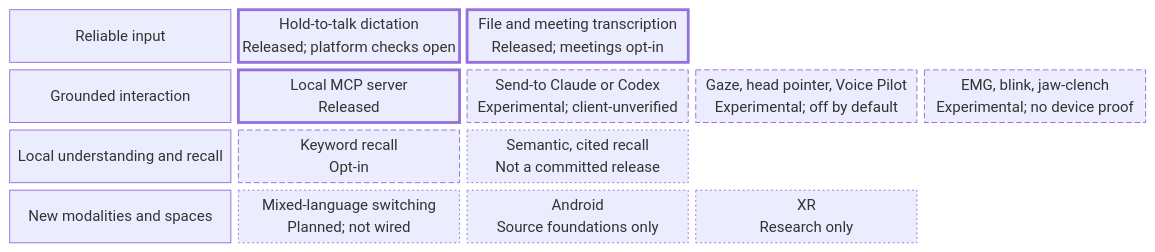
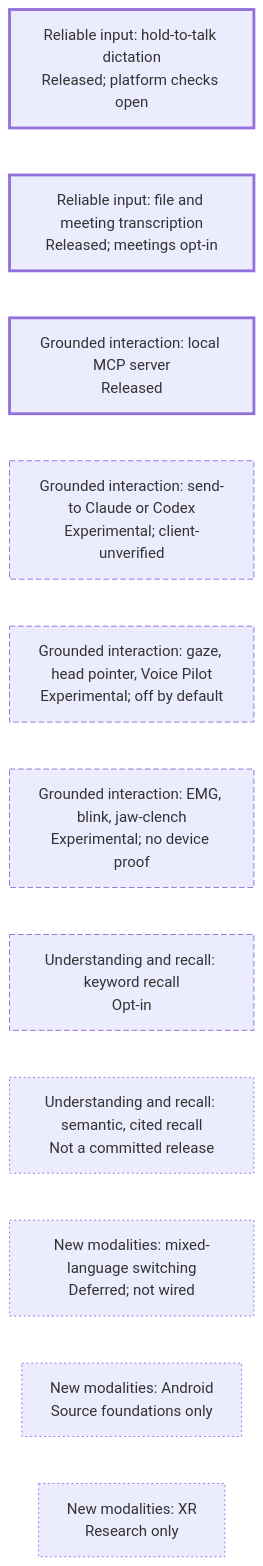
The fourth of 5 diagrams in docs/roadmap.md (MSKazemi/yazses), drawn with Mermaid before and after one commit. The commit also changed other lines of this file, not shown here.

Commit message:
docs(roadmap): the faculties diagram is one readable column, and the status word matches the page
The block grid was about 1,230 px wide, so at 390 px it shrank to roughly
a third of its size and could not be read; #839 asks for narrow-screen
legibility. It is now a single column with the horizon named in each box and
the same three outline styles.

'Planned' is not one of the page's status words and contradicted the Future
work table, which calls mixed-language switching Deferred. The sentence about
dashed arrows between horizons described arrows the diagram never had; it now
says what the order means.

````diff
--- a/docs/roadmap.md
+++ b/docs/roadmap.md
@@ -302,14 +302,21 @@
 ```mermaid
-block-beta
-  columns 5
-  h1["Reliable input"] D["Hold-to-talk dictation\nReleased; platform checks open"] T["File and meeting transcription\nReleased; meetings opt-in"] space space
-  h2["Grounded interaction"] M["Local MCP server\nReleased"] S["Send-to Claude or Codex\nExperimental; client-unverified"] G["Gaze, head pointer, Voice Pilot\nExperimental; off by default"] B["EMG, blink, jaw-clench\nExperimental; no device proof"]
-  h3["Local understanding and recall"] K["Keyword recall\nOpt-in"] R["Semantic, cited recall\nNot a committed release"] space space
-  h4["New modalities and spaces"] P["Mixed-language switching\nPlanned; not wired"] A["Android\nSource foundations only"] X["XR\nResearch only"] space
-  classDef released stroke-width:3px
-  classDef experimental stroke-dasharray:6 3
-  classDef research stroke-dasharray:2 3
-  class D,T,M released
-  class S,G,B,K experimental
-  class R,P,A,X research
+flowchart TB
+    D["Reliable input: hold-to-talk dictation<br/>Released; platform checks open"]
+    T["Reliable input: file and meeting transcription<br/>Released; meetings opt-in"]
+    M["Grounded interaction: local MCP server<br/>Released"]
+    S["Grounded interaction: send-to Claude or Codex<br/>Experimental; client-unverified"]
+    G["Grounded interaction: gaze, head pointer, Voice Pilot<br/>Experimental; off by default"]
+    B["Grounded interaction: EMG, blink, jaw-clench<br/>Experimental; no device proof"]
+    K["Understanding and recall: keyword recall<br/>Opt-in"]
+    R["Understanding and recall: semantic, cited recall<br/>Not a committed release"]
+    P["New modalities: mixed-language switching<br/>Deferred; not wired"]
+    A["New modalities: Android<br/>Source foundations only"]
+    X["New modalities: XR<br/>Research only"]
+    D ~~~ T ~~~ M ~~~ S ~~~ G ~~~ B ~~~ K ~~~ R ~~~ P ~~~ A ~~~ X
+    classDef released stroke-width:3px
+    classDef experimental stroke-dasharray:6 3
+    classDef research stroke-dasharray:2 3
+    class D,T,M released
+    class S,G,B,K experimental
+    class R,P,A,X research
 ```
````
